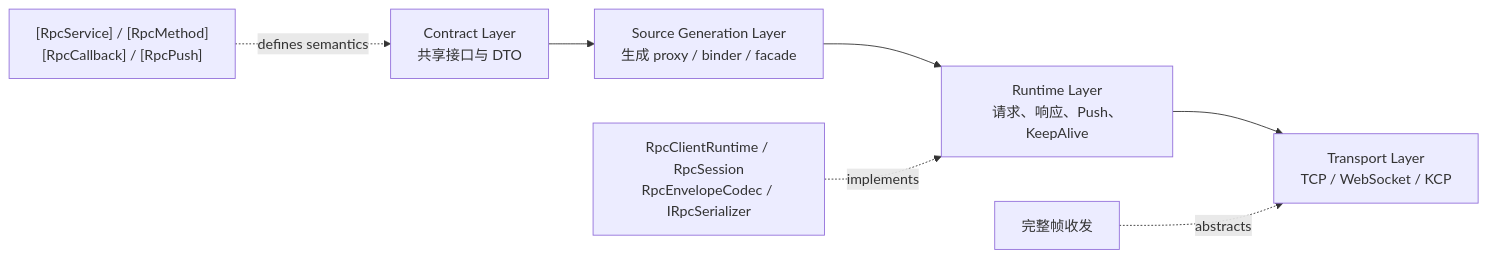
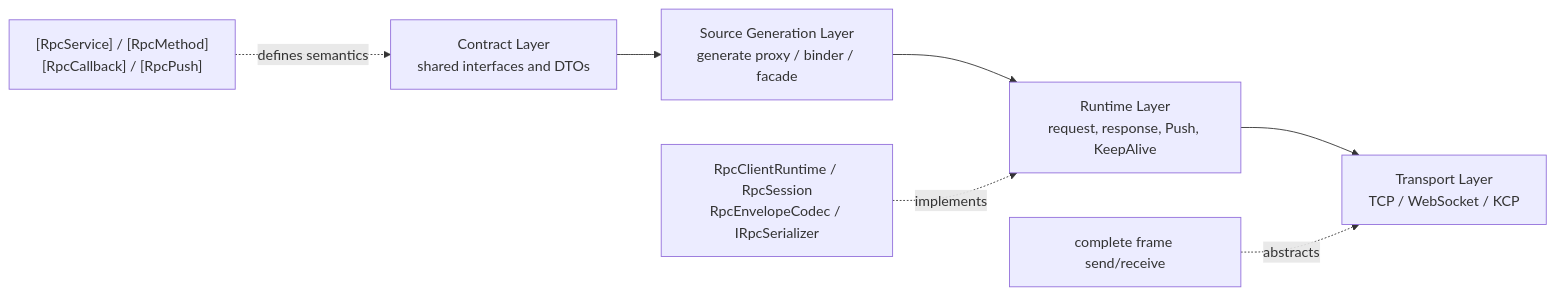
Before and after one commit to bruce48x/ULinkRPC: the first of 4 diagrams in blog/content/posts/ulinkrpc-design-and-implementation.md, drawn with Mermaid. The commit also changed other lines of this file and 17 other files, not shown here.

````diff
--- a/blog/content/posts/ulinkrpc-design-and-implementation.md
+++ b/blog/content/posts/ulinkrpc-design-and-implementation.md
@@ -35,10 +37,10 @@
 ```mermaid
 flowchart LR
-    A["Contract Layer<br/>共享接口与 DTO"] --> B["Source Generation Layer<br/>生成 proxy / binder / facade"]
-    B --> C["Runtime Layer<br/>请求、响应、Push、KeepAlive"]
+    A["Contract Layer<br/>shared interfaces and DTOs"] --> B["Source Generation Layer<br/>generate proxy / binder / facade"]
+    B --> C["Runtime Layer<br/>request, response, Push, KeepAlive"]
     C --> D["Transport Layer<br/>TCP / WebSocket / KCP"]
 
     A1["[RpcService] / [RpcMethod]<br/>[RpcCallback] / [RpcPush]"] -.defines semantics.-> A
     C1["RpcClientRuntime / RpcSession<br/>RpcEnvelopeCodec / IRpcSerializer"] -.implements.-> C
-    D1["完整帧收发"] -.abstracts.-> D
+    D1["complete frame send/receive"] -.abstracts.-> D
 ```
````
